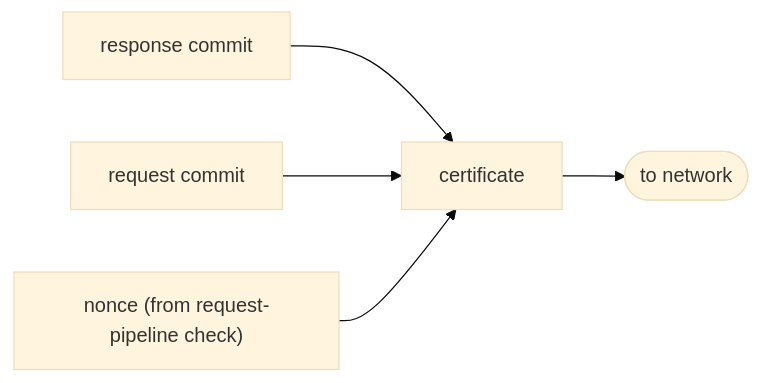
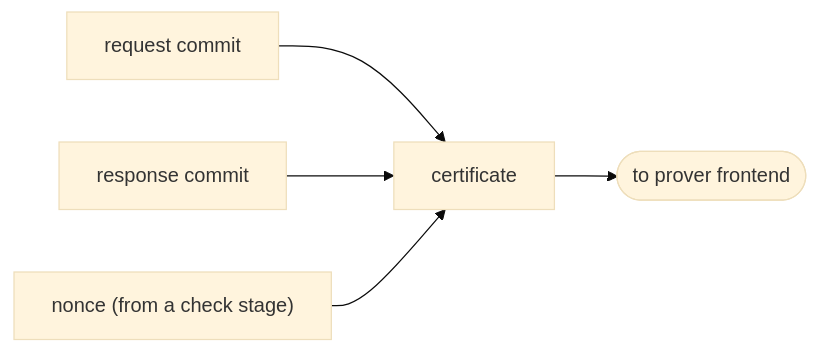
The second of 2 diagrams in docs/certificate-protocol.md (JamesPetrie/interlock), drawn with Mermaid (base theme) before and after one commit. The commit also changed other lines of this file, not shown here.

First line of the commit message:
Dataflow: ping-pong = information isolation; commit on prover-frontend side

````diff
--- a/docs/certificate-protocol.md
+++ b/docs/certificate-protocol.md
@@ -239,6 +247,7 @@
 ```mermaid
 flowchart LR
-    RC["response commit"] --> CERT["certificate"] --> NETC(["to network"])
-    QC["request commit"] --> CERT
-    NON["nonce (from request-pipeline check)"] --> CERT
+    QC["request commit"] --> CERT["certificate"]
+    RC["response commit"] --> CERT
+    NON["nonce (from a check stage)"] --> CERT
+    CERT --> FE(["to prover frontend"])
 ```
````
